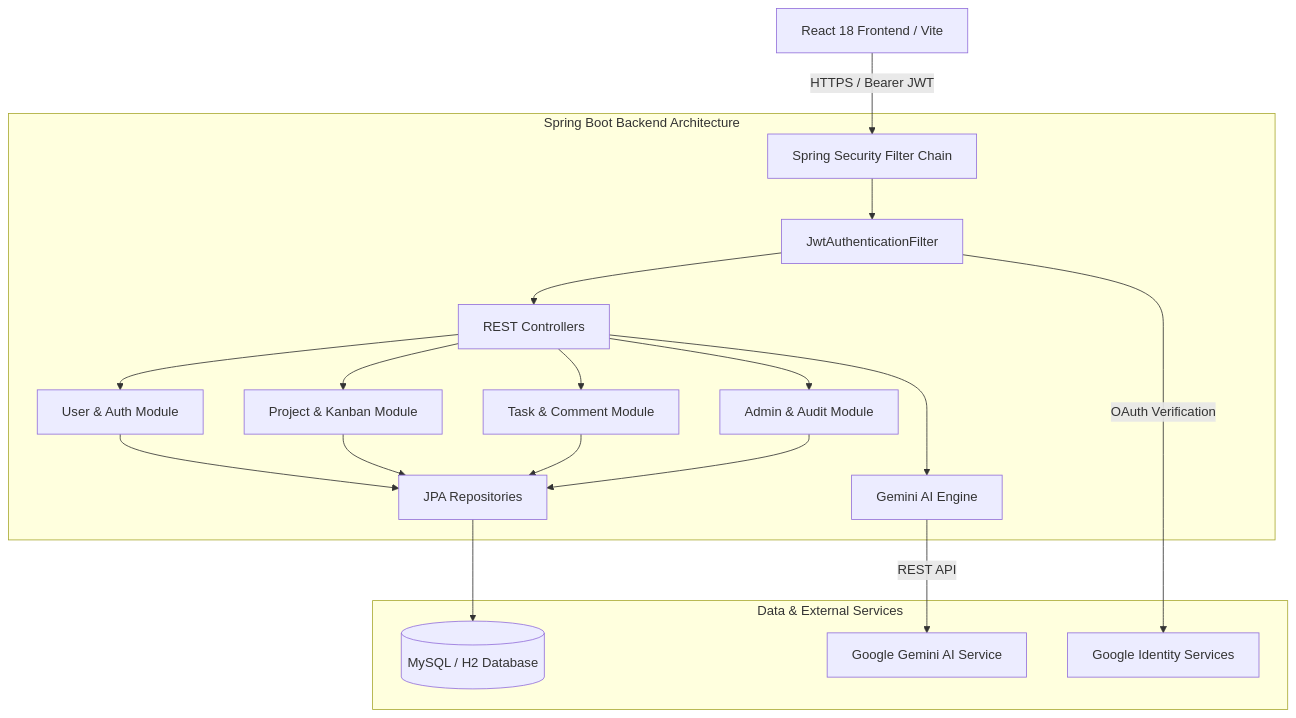
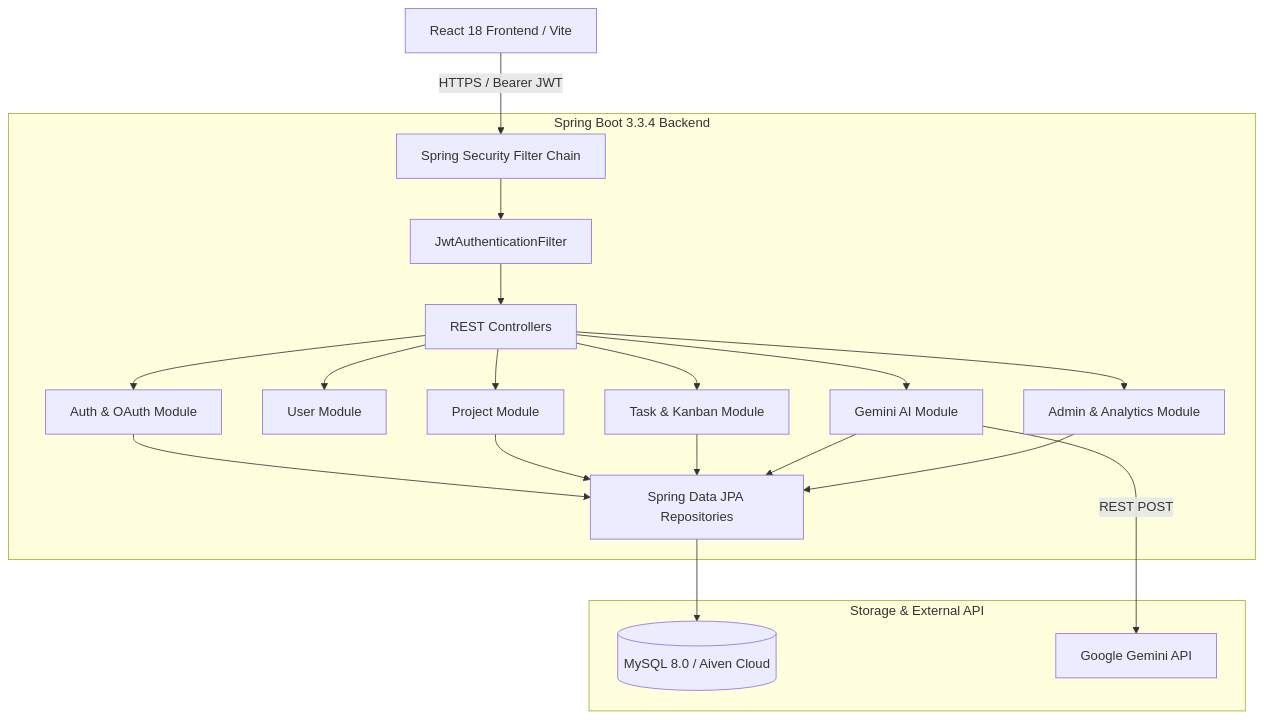
Before and after one commit to Jagadish0216/TaskForge-AI: the diagram in README.md, drawn with Mermaid. The commit also changed other lines of this file and 6 other files, not shown here.

````diff
--- a/README.md
+++ b/README.md
@@ -68,26 +128,27 @@
 ```mermaid
 graph TD
-    Client[React 18 Frontend / Vite] -->|HTTPS / Bearer JWT| Gateway[Spring Security Filter Chain]
+    Client[React 18 Frontend / Vite] -->|HTTPS / Bearer JWT| Security[Spring Security Filter Chain]
 
-    subgraph Spring Boot Backend Architecture
-        Gateway --> AuthFilter[JwtAuthenticationFilter]
+    subgraph Spring Boot 3.3.4 Backend
+        Security --> AuthFilter[JwtAuthenticationFilter]
         AuthFilter --> Controllers[REST Controllers]
 
-        Controllers --> UserModule[User & Auth Module]
-        Controllers --> ProjectModule[Project & Kanban Module]
-        Controllers --> TaskModule[Task & Comment Module]
-        Controllers --> AIModule[Gemini AI Engine]
-        Controllers --> AdminModule[Admin & Audit Module]
+        Controllers --> AuthModule[Auth & OAuth Module]
+        Controllers --> UserModule[User Module]
+        Controllers --> ProjectModule[Project Module]
+        Controllers --> TaskModule[Task & Kanban Module]
+        Controllers --> AIModule[Gemini AI Module]
+        Controllers --> AdminModule[Admin & Analytics Module]
 
-        UserModule --> Repositories[JPA Repositories]
+        AuthModule --> Repositories[Spring Data JPA Repositories]
         ProjectModule --> Repositories
         TaskModule --> Repositories
+        AIModule --> Repositories
         AdminModule --> Repositories
     end
 
-    subgraph Data & External Services
-        Repositories --> DB[(MySQL / H2 Database)]
-        AIModule -->|REST API| Gemini[Google Gemini AI Service]
-        AuthFilter -->|OAuth Verification| GoogleAuth[Google Identity Services]
+    subgraph Storage & External API
+        Repositories --> Database[(MySQL 8.0 / Aiven Cloud)]
+        AIModule -->|REST POST| GeminiAPI[Google Gemini API]
     end
 ```
````
